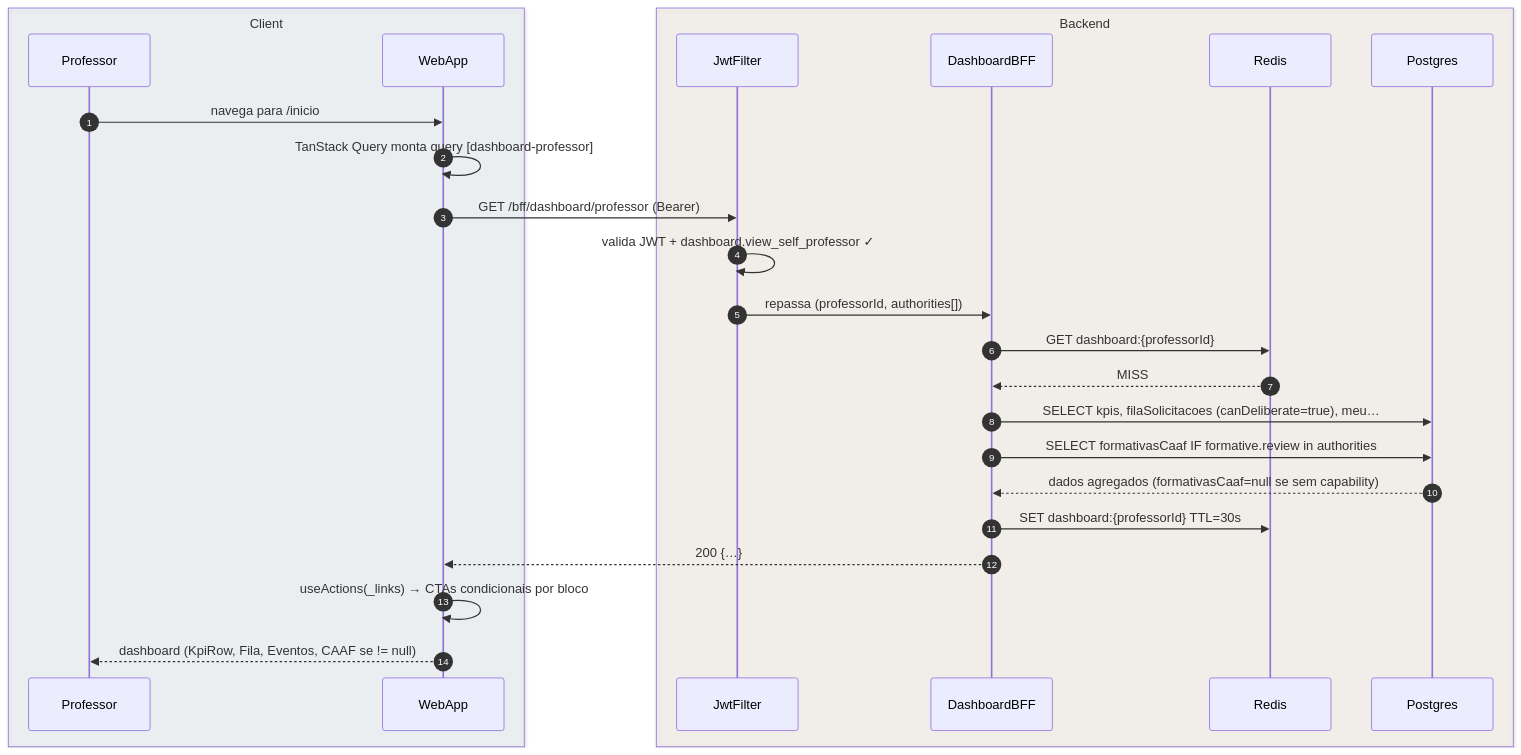
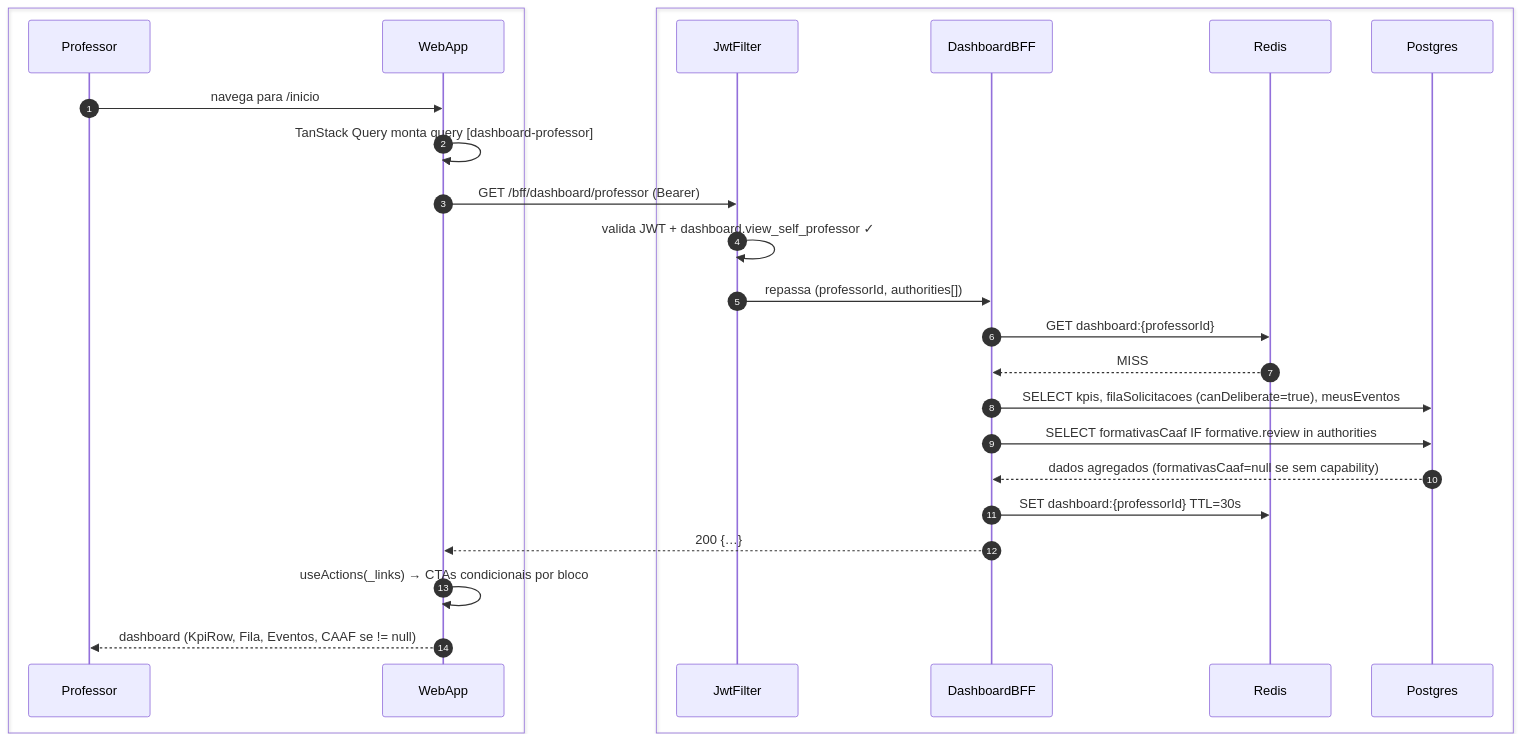
One commit to umishell/secretariaOnline2 changed the first of 2 diagrams in foundationDocs/sequenceDiagrams/F3 — Professor/US-F3-001-DASHBOARD.md. Above: the diagram before and after it, drawn with Mermaid. The commit also changed other lines of this file and 70 other files, not shown here.

First line of the commit message:
Enhance database documentation and introduce new schema files

````diff
--- a/foundationDocs/sequenceDiagrams/F3 — Professor/US-F3-001-DASHBOARD.md
+++ b/foundationDocs/sequenceDiagrams/F3 — Professor/US-F3-001-DASHBOARD.md
@@ -56,29 +56,29 @@
 ```mermaid
 sequenceDiagram
     autonumber
-    box rgba(230,245,255,0.3) Client
+    box #e8f4fc Cliente
         participant Professor
         participant WebApp
     end
-    box rgba(255,245,230,0.3) Backend
+    box #fff8ee Servidor
         participant JwtFilter
         participant DashboardBFF
         participant Redis
         participant Postgres
     end
 
     Professor->>WebApp: navega para /inicio
     WebApp->>WebApp: TanStack Query monta query [dashboard-professor]
     WebApp->>JwtFilter: GET /bff/dashboard/professor (Bearer)
     JwtFilter->>JwtFilter: valida JWT + dashboard.view_self_professor ✓
     JwtFilter->>DashboardBFF: repassa (professorId, authorities[])
     DashboardBFF->>Redis: GET dashboard:{professorId}
     Redis-->>DashboardBFF: MISS
-    DashboardBFF->>Postgres: SELECT kpis, filaSolicitacoes (canDeliberate=true), meu…
+    DashboardBFF->>Postgres: SELECT kpis, filaSolicitacoes (canDeliberate=true), meusEventos
     DashboardBFF->>Postgres: SELECT formativasCaaf IF formative.review in authorities
     Postgres-->>DashboardBFF: dados agregados (formativasCaaf=null se sem capability)
     DashboardBFF->>Redis: SET dashboard:{professorId} TTL=30s
     DashboardBFF-->>WebApp: 200 {…}
     WebApp->>WebApp: useActions(_links) → CTAs condicionais por bloco
     WebApp-->>Professor: dashboard (KpiRow, Fila, Eventos, CAAF se != null)
 ```
````
